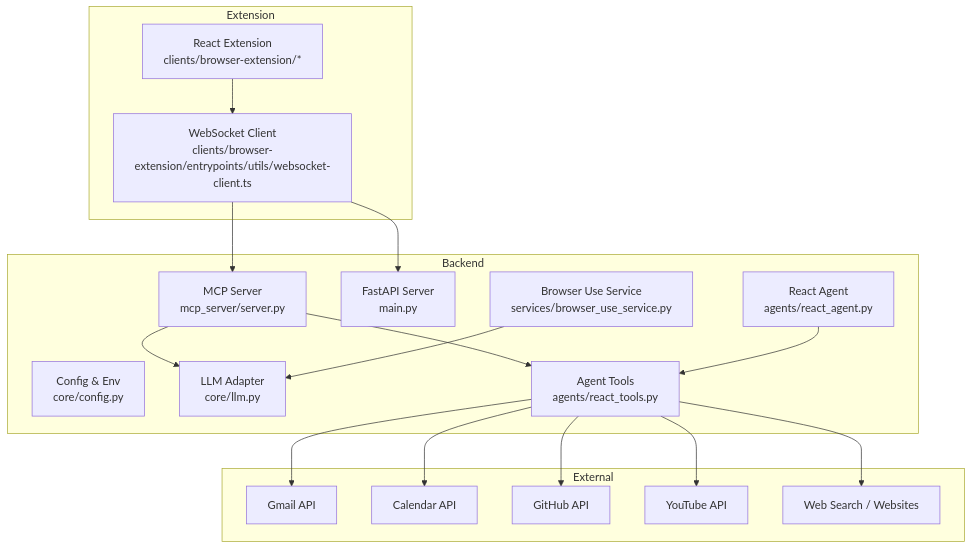
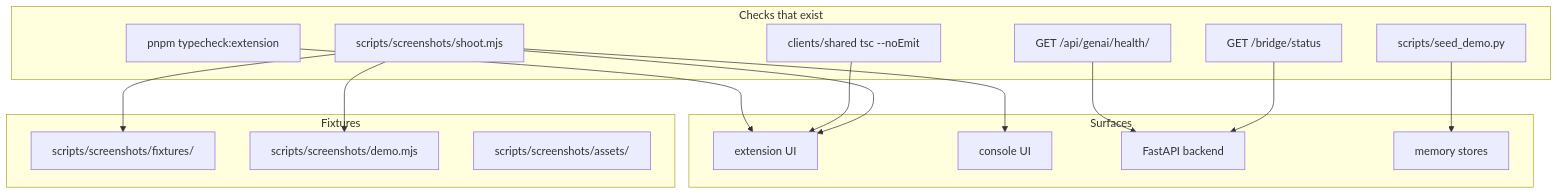
The first of 5 diagrams in src/data/docs/agentic-browser/Testing Strategy.md (tashifkhan/tashif.codes), drawn with Mermaid before and after one commit. The commit also changed other lines of this file and 114 other files, not shown here.

````diff
--- a/src/data/docs/agentic-browser/Testing Strategy.md
+++ b/src/data/docs/agentic-browser/Testing Strategy.md
@@ -15,35 +15,31 @@
 ```mermaid
 graph TB
-subgraph "Backend"
-MCP["MCP Server<br/>mcp_server/server.py"]
-API["FastAPI Server<br/>main.py"]
-CFG["Config & Env<br/>core/config.py"]
-LLM["LLM Adapter<br/>core/llm.py"]
-AG["React Agent<br/>agents/react_agent.py"]
-RT["Agent Tools<br/>agents/react_tools.py"]
-BRSVC["Browser Use Service<br/>services/browser_use_service.py"]
+subgraph "Checks that exist"
+  TSC["pnpm typecheck:extension"]
+  TSC2["clients/shared tsc --noEmit"]
+  SHOT["scripts/screenshots/shoot.mjs"]
+  SEED["scripts/seed_demo.py"]
+  HEALTH["GET /api/genai/health/"]
+  BRIDGE["GET /bridge/status"]
 end
-subgraph "Extension"
-EXT["React Extension<br/>clients/browser-extension/*"]
-WS["WebSocket Client<br/>clients/browser-extension/entrypoints/utils/websocket-client.ts"]
+subgraph "Fixtures"
+  FIX["scripts/screenshots/fixtures/"]
+  DEMO["scripts/screenshots/demo.mjs"]
+  ASSETS["scripts/screenshots/assets/"]
 end
-subgraph "External"
-GAPI["Gmail API"]
-CGAPI["Calendar API"]
-GHAPI["GitHub API"]
-YTAPI["YouTube API"]
-WEB["Web Search / Websites"]
+subgraph "Surfaces"
+  EXT["extension UI"]
+  CON["console UI"]
+  API["FastAPI backend"]
+  MEM["memory stores"]
 end
-EXT --> WS
-WS --> MCP
-WS --> API
-MCP --> LLM
-MCP --> RT
-RT --> GAPI
-RT --> CGAPI
-RT --> GHAPI
-RT --> YTAPI
-RT --> WEB
-BRSVC --> LLM
-AG --> RT
+TSC --> EXT
+TSC2 --> EXT
+SHOT --> EXT
+SHOT --> CON
+SHOT --> FIX
+SHOT --> DEMO
+SEED --> MEM
+HEALTH --> API
+BRIDGE --> API
 ```
````
